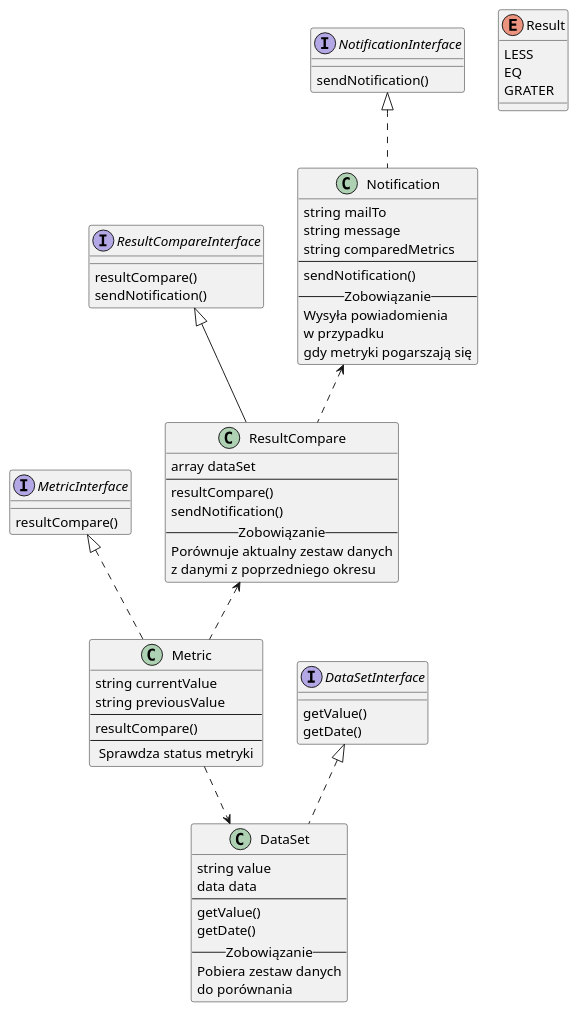
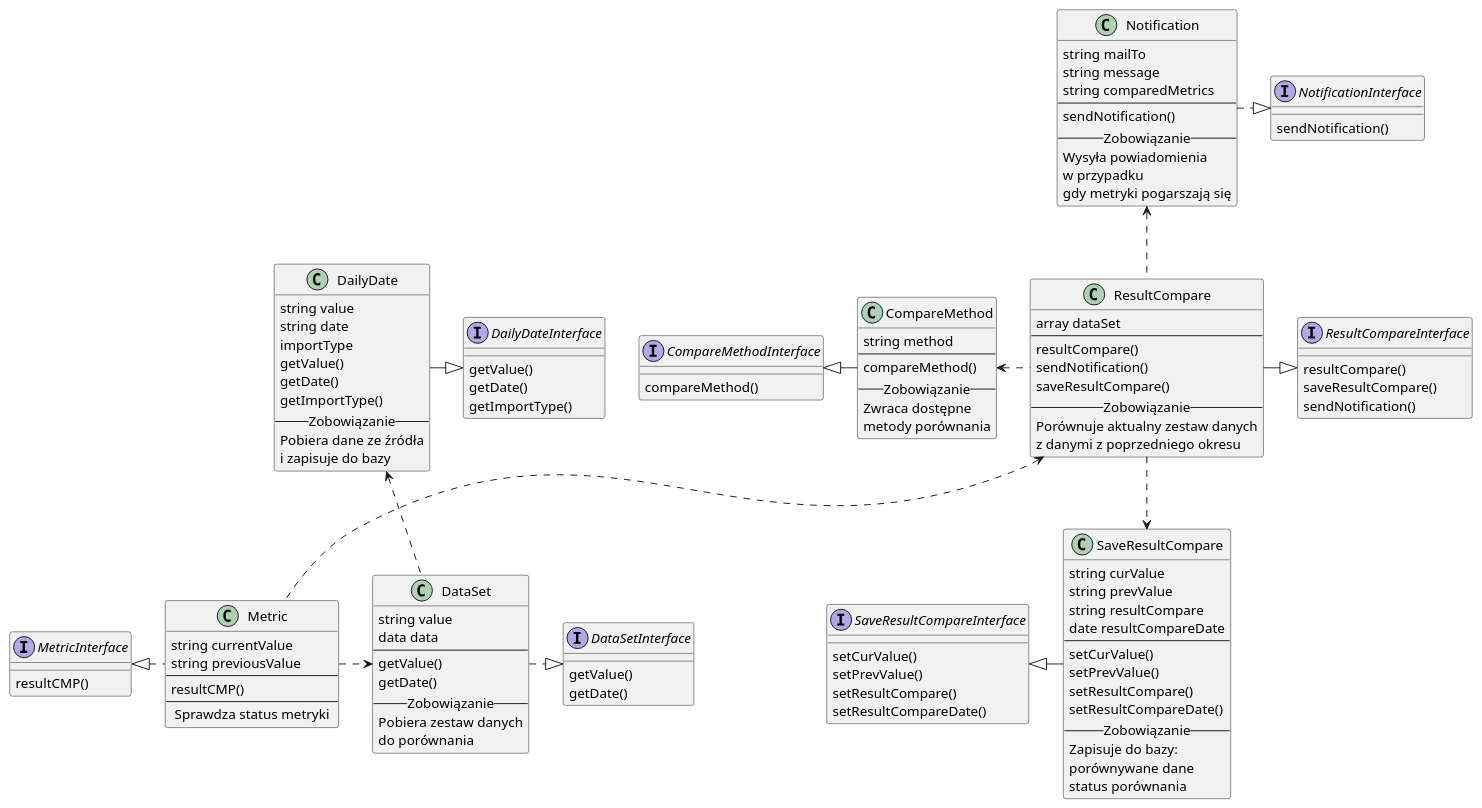
One commit to marekz/metric_test changed the diagram in DOC/FirstClassDiagram.puml. Above: the diagram before and after it, drawn with PlantUML. The commit also changed 1 other file, not shown here.

Commit message:
zaktualizowanie UML-a

```diff
--- a/DOC/FirstClassDiagram.puml
+++ b/DOC/FirstClassDiagram.puml
@@ -1,83 +1,153 @@
 @startuml
+
 interface MetricInterface {
-    resultCompare()
+    resultCMP()
 }
 
 class Metric {
     string currentValue
     string previousValue
 --
-    resultCompare()
+    resultCMP()
 --
 -- Sprawdza status metryki -- 
 }
 
 interface DataSetInterface {
     getValue()
     getDate()
 }
 
 class DataSet {
     string value
     data data
 --
     getValue()
     getDate()
 -- Zobowiązanie --
 Pobiera zestaw danych 
 do porównania
 }
 
-DataSetInterface <|.. DataSet
+interface DailyDateInterface {
+    getValue()
+    getDate()
+    getImportType()
+}
 
-MetricInterface <|.. Metric
+class DailyDate {
+    string value
+    string date
+    importType
+    getValue()
+    getDate()
+    getImportType()
+-- Zobowiązanie --
+Pobiera dane ze źródła
+i zapisuje do bazy
+}
 
+DailyDate -right-|> DailyDateInterface
 
-Metric ..> DataSet
+DataSet .up.> DailyDate
+
+MetricInterface <|.right. Metric
+
+DataSetInterface <|.left. DataSet
+
+Metric .right.> DataSet
 
 interface ResultCompareInterface {
     resultCompare()
+    saveResultCompare()
     sendNotification()
 }
 
 class ResultCompare {
     array dataSet
 --
     resultCompare()
     sendNotification()
+    saveResultCompare()
 -- Zobowiązanie --
 Porównuje aktualny zestaw danych
 z danymi z poprzedniego okresu
 }
 
-ResultCompareInterface <|-- ResultCompare
+interface SaveResultCompareInterface {
+    setCurValue()
+    setPrevValue()
+    setResultCompare()
+    setResultCompareDate()
+}
 
-ResultCompare <.. Metric
+class SaveResultCompare {
+    string curValue
+    string prevValue
+    string resultCompare
+    date resultCompareDate
+--
+    setCurValue()
+    setPrevValue()
+    setResultCompare()
+    setResultCompareDate()
+-- Zobowiązanie --
+Zapisuje do bazy:
+porównywane dane
+status porównania
+}
+
+SaveResultCompare -left-|> SaveResultCompareInterface
+
+ResultCompareInterface <|-left- ResultCompare
+
+ResultCompare <.down. Metric
+
+ResultCompare .down.> SaveResultCompare
 
 interface NotificationInterface {
     sendNotification()
 }
 
 class Notification {
 string mailTo
 string message
 string comparedMetrics
 --
 sendNotification()
 -- Zobowiązanie --
 Wysyła powiadomienia
 w przypadku
 gdy metryki pogarszają się
 }
 
-NotificationInterface <|.. Notification
+Notification <.down. ResultCompare
 
-Notification <.. ResultCompare
+NotificationInterface <|.left. Notification
 
+interface CompareMethodInterface {
+    compareMethod()
+}
+
+class CompareMethod {
+    string method
+--
+    compareMethod()
+-- Zobowiązanie --
+Zwraca dostępne 
+metody porównania
+}
+
+CompareMethod -left-|> CompareMethodInterface
+
+ResultCompare .left.> CompareMethod
+
+/'
 enum Result{
     LESS
     EQ
-    GRATER
+    GRATER    
 }
+'/
 
 @enduml
```
